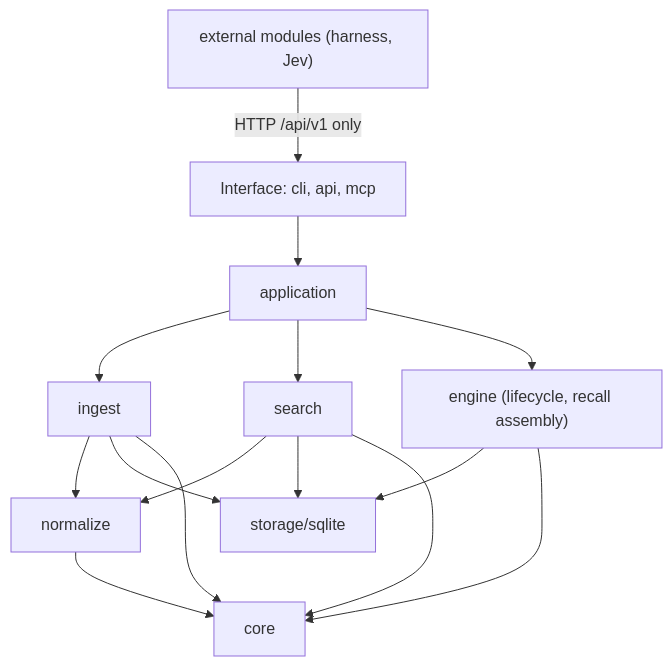
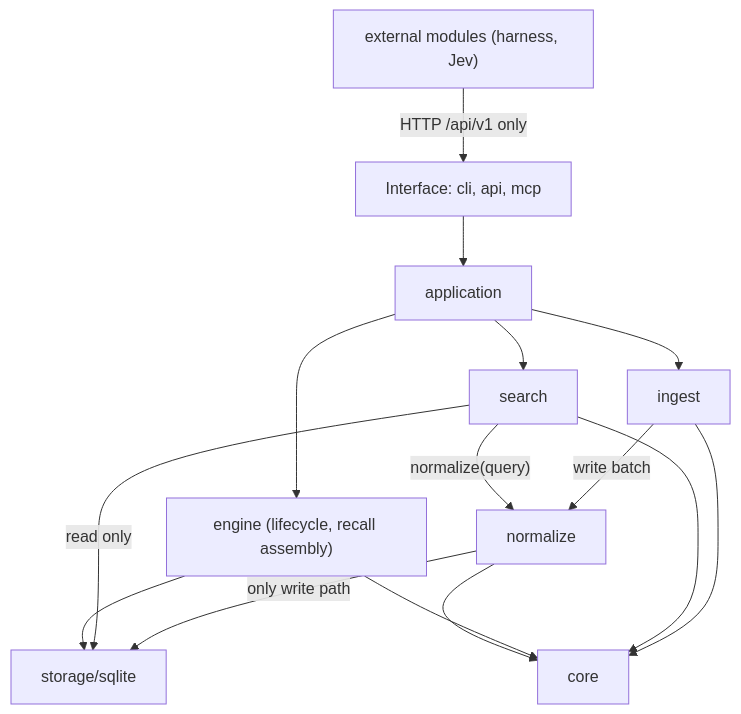
The first of 3 diagrams in docs/pr01/planning-artifacts/architecture/architecture-agent-memory-2026-10-20/ARCHITECTURE-SPINE.md (taimufuraiyaa/agent-memory), drawn with Mermaid before and after one commit. The commit also changed other lines of this file and 10 other files, not shown here.

````diff
--- a/docs/pr01/planning-artifacts/architecture/architecture-agent-memory-2026-10-20/ARCHITECTURE-SPINE.md
+++ b/docs/pr01/planning-artifacts/architecture/architecture-agent-memory-2026-10-20/ARCHITECTURE-SPINE.md
@@ -38,26 +38,26 @@
 ```mermaid
 flowchart TB
     IF["Interface: cli, api, mcp"]
     APP["application"]
     ING["ingest"]
     SRCH["search"]
     NORM["normalize"]
     ENG["engine (lifecycle, recall assembly)"]
     CORE["core"]
     ST["storage/sqlite"]
     EXT["external modules (harness, Jev)"]
     IF --> APP
     APP --> ING
     APP --> SRCH
     APP --> ENG
-    ING --> NORM
-    SRCH --> NORM
-    ING --> ST
-    SRCH --> ST
+    ING -->|"write batch"| NORM
+    SRCH -->|"normalize(query)"| NORM
+    NORM -->|"only write path"| ST
+    SRCH -->|"read only"| ST
     ENG --> ST
     ING --> CORE
     SRCH --> CORE
     ENG --> CORE
     NORM --> CORE
     EXT -->|"HTTP /api/v1 only"| IF
 ```
````
